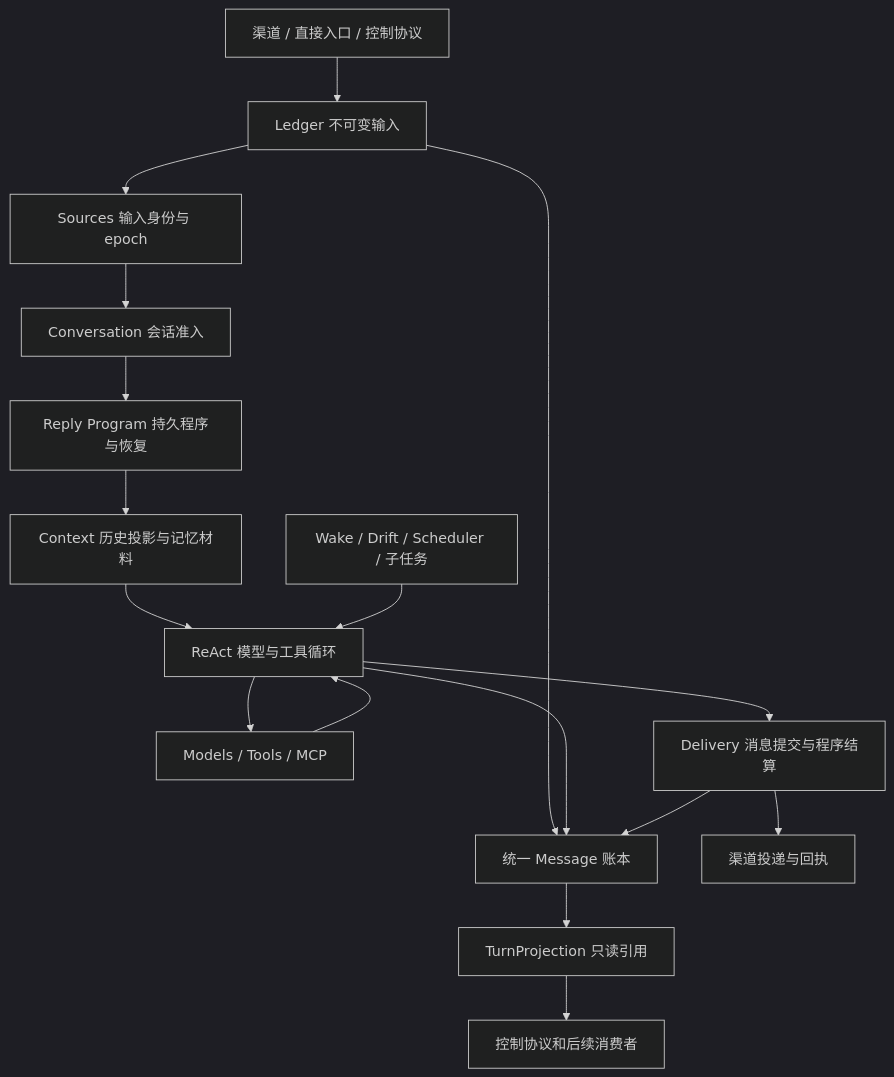
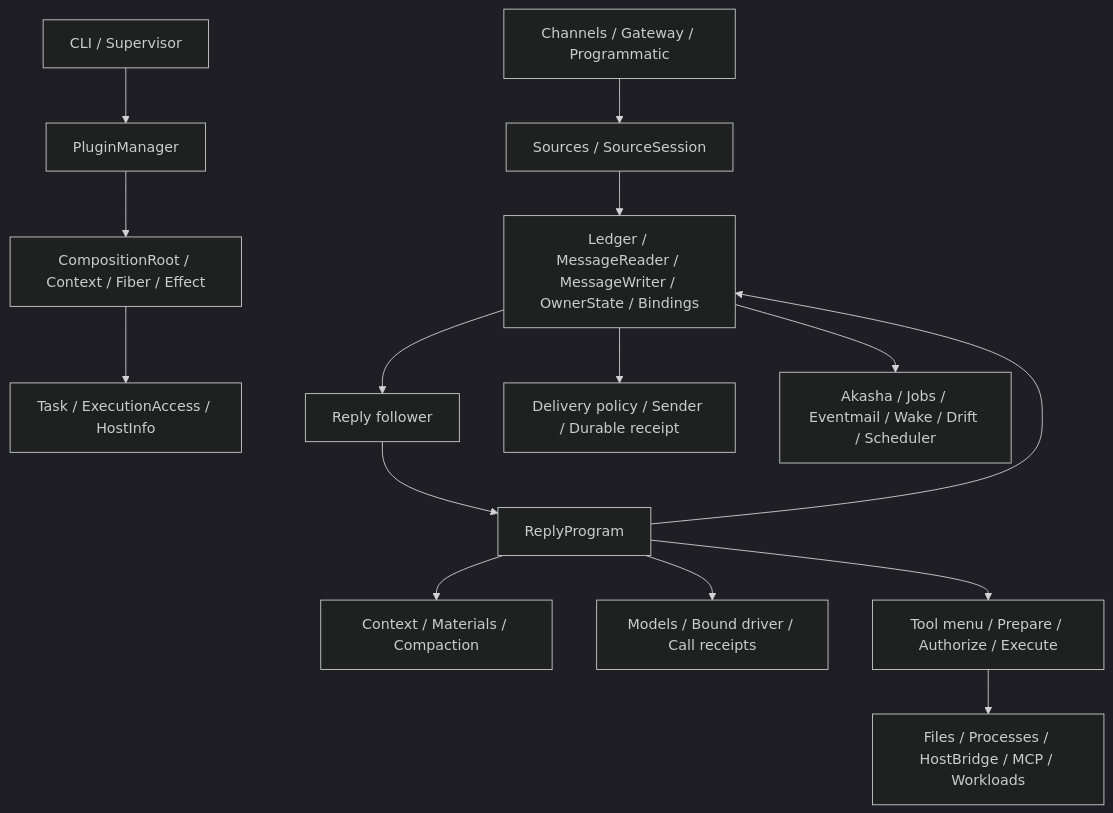
One commit to Nhckdvrl/kirakira-agent changed the diagram in docs/architecture/overview.md. Above: the diagram before and after it, drawn with Mermaid (dark theme). The commit also changed other lines of this file and 1426 other files, not shown here.

Commit message:
refactor: adopt complete native Akashic runtime architecture

````diff
--- a/docs/architecture/overview.md
+++ b/docs/architecture/overview.md
@@ -30,19 +7,17 @@
 ```mermaid
 flowchart TD
-    A[渠道 / 直接入口 / 控制协议] --> B[Ledger 不可变输入]
-    B --> C[Sources 输入身份与 epoch]
-    C --> D[Conversation 会话准入]
-    D --> E[Reply Program 持久程序与恢复]
-    E --> F[Context 历史投影与记忆材料]
-    F --> G[ReAct 模型与工具循环]
-    G --> H[Models / Tools / MCP]
-    H --> G
-    G --> I[Delivery 消息提交与程序结算]
-    B --> L[统一 Message 账本]
-    G --> L
-    I --> L
-    L --> T[TurnProjection 只读引用]
-    T --> P[控制协议和后续消费者]
-    I --> J[渠道投递与回执]
-    K[Wake / Drift / Scheduler / 子任务] --> G
+    CLI[CLI / Supervisor] --> Manager[PluginManager]
+    Manager --> Root[CompositionRoot / Context / Fiber / Effect]
+    Root --> Host[Task / ExecutionAccess / HostInfo]
+    Channels[Channels / Gateway / Programmatic] --> Sources[Sources / SourceSession]
+    Sources --> Ledger[Ledger / MessageReader / MessageWriter / OwnerState / Bindings]
+    Ledger --> Reply[Reply follower]
+    Reply --> Program[ReplyProgram]
+    Program --> Context[Context / Materials / Compaction]
+    Program --> Models[Models / Bound driver / Call receipts]
+    Program --> Tools[Tool menu / Prepare / Authorize / Execute]
+    Tools --> Execution[Files / Processes / HostBridge / MCP / Workloads]
+    Program --> Ledger
+    Ledger --> Delivery[Delivery policy / Sender / Durable receipt]
+    Ledger --> Consumers[Akasha / Jobs / Eventmail / Wake / Drift / Scheduler]
 ```
````
